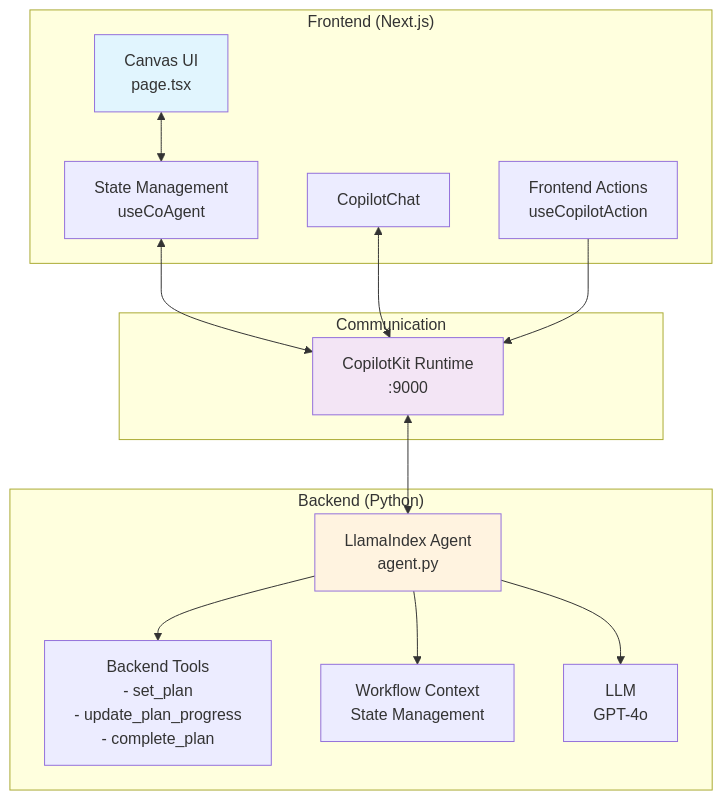
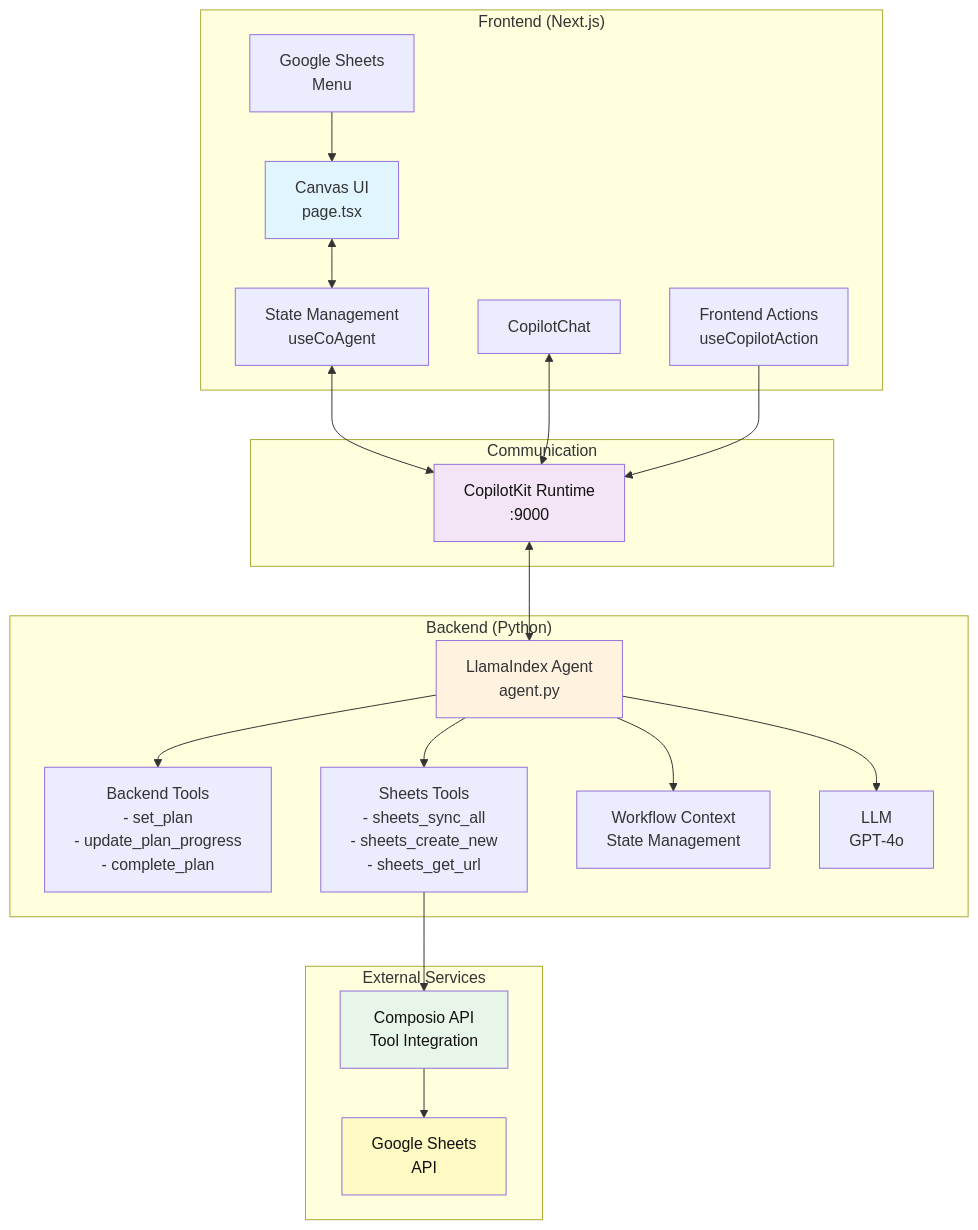
Before and after one commit to dosatos/ApexAi: the first of 2 diagrams in README.md, drawn with Mermaid. The commit also changed other lines of this file, not shown here.

````diff
--- a/README.md
+++ b/README.md
@@ -129,36 +157,49 @@
 ```mermaid
 graph TB
     subgraph "Frontend (Next.js)"
         UI[Canvas UI<br/>page.tsx]
         Actions[Frontend Actions<br/>useCopilotAction]
         State[State Management<br/>useCoAgent]
         Chat[CopilotChat]
+        SheetsBtn[Google Sheets<br/>Menu]
     end
     
     subgraph "Backend (Python)"
         Agent[LlamaIndex Agent<br/>agent.py]
         Tools[Backend Tools<br/>- set_plan<br/>- update_plan_progress<br/>- complete_plan]
+        SheetsTools[Sheets Tools<br/>- sheets_sync_all<br/>- sheets_create_new<br/>- sheets_get_url]
         AgentState[Workflow Context<br/>State Management]
         Model[LLM<br/>GPT-4o]
+    end
+    
+    subgraph "External Services"
+        Composio[Composio API<br/>Tool Integration]
+        GSheets[Google Sheets<br/>API]
     end
     
     subgraph "Communication"
         Runtime[CopilotKit Runtime<br/>:9000]
     end
     
     UI <--> State
+    SheetsBtn --> UI
     State <--> Runtime
     Chat <--> Runtime
     Actions --> Runtime
     Runtime <--> Agent
     Agent --> Tools
+    Agent --> SheetsTools
+    SheetsTools --> Composio
+    Composio --> GSheets
     Agent --> AgentState
     Agent --> Model
     
-    style UI fill:#e1f5fe
-    style Agent fill:#fff3e0
-    style Runtime fill:#f3e5f5
+    style UI text-decoration:none,fill:#e1f5fe
+    style Agent text-decoration:none,fill:#fff3e0
+    style Runtime text-decoration:none,fill:#f3e5f5,color:#111111
+    style Composio text-decoration:none,fill:#e8f5e9,color:#111111
+    style GSheets text-decoration:none,fill:#fff9c4,color:#111111
     
     click UI "https://github.com/CopilotKit/canvas-with-llamaindex/blob/main/src/app/page.tsx"
     click Agent "https://github.com/CopilotKit/canvas-with-llamaindex/blob/main/agent/agent/agent.py"
 ```
````
